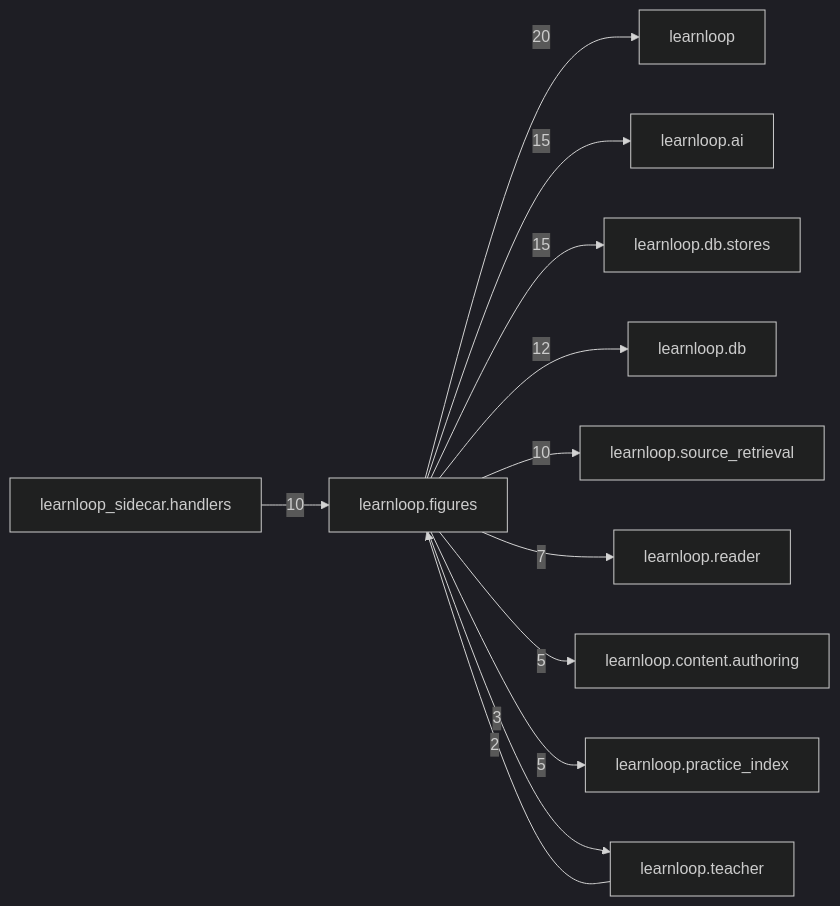
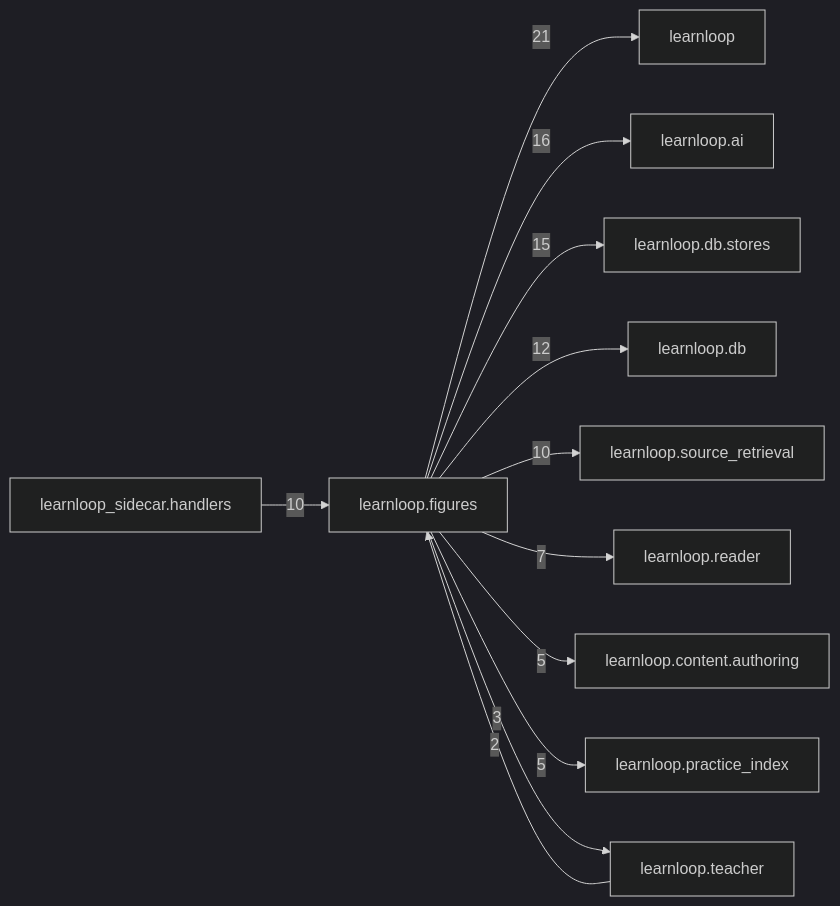
The diagram in docs/learnloop-architecture-vault/Reference/Modules/learnloop/figures/_package.md (6up-b/learnanything), drawn with Mermaid (dark theme) before and after one commit. The commit also changed other lines of this file and 101 other files, not shown here.

First line of the commit message:
Figure wait estimate: references regenerated on the committed source (module, desktop, db; the config notes cite schema.py's moved lines, the new switch and module notes, _generated.md)

````diff
--- a/docs/learnloop-architecture-vault/Reference/Modules/learnloop/figures/_package.md
+++ b/docs/learnloop-architecture-vault/Reference/Modules/learnloop/figures/_package.md
@@ -128,25 +128,25 @@
 ```mermaid
 flowchart LR
     center["learnloop.figures"]
     n_learnloop["learnloop"]
     n_learnloop_ai["learnloop.ai"]
     n_learnloop_db_stores["learnloop.db.stores"]
     n_learnloop_db["learnloop.db"]
     n_learnloop_source_retrieval["learnloop.source_retrieval"]
     n_learnloop_sidecar_handlers["learnloop_sidecar.handlers"]
     n_learnloop_reader["learnloop.reader"]
     n_learnloop_content_authoring["learnloop.content.authoring"]
     n_learnloop_practice_index["learnloop.practice_index"]
     n_learnloop_teacher["learnloop.teacher"]
-    center -->|20| n_learnloop
-    center -->|15| n_learnloop_ai
+    center -->|21| n_learnloop
+    center -->|16| n_learnloop_ai
     center -->|15| n_learnloop_db_stores
     center -->|12| n_learnloop_db
     center -->|10| n_learnloop_source_retrieval
     n_learnloop_sidecar_handlers -->|10| center
     center -->|7| n_learnloop_reader
     center -->|5| n_learnloop_content_authoring
     center -->|5| n_learnloop_practice_index
     n_learnloop_teacher -->|2| center
     center -->|3| n_learnloop_teacher
 ```
````
